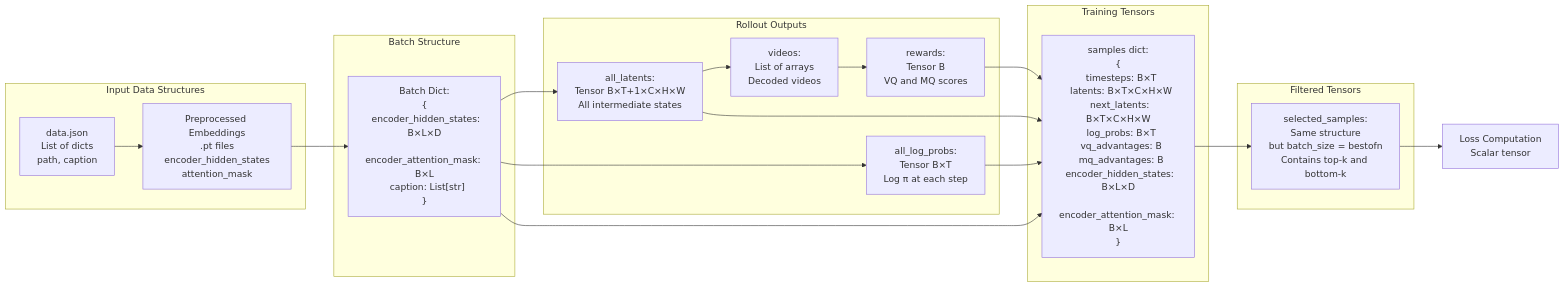
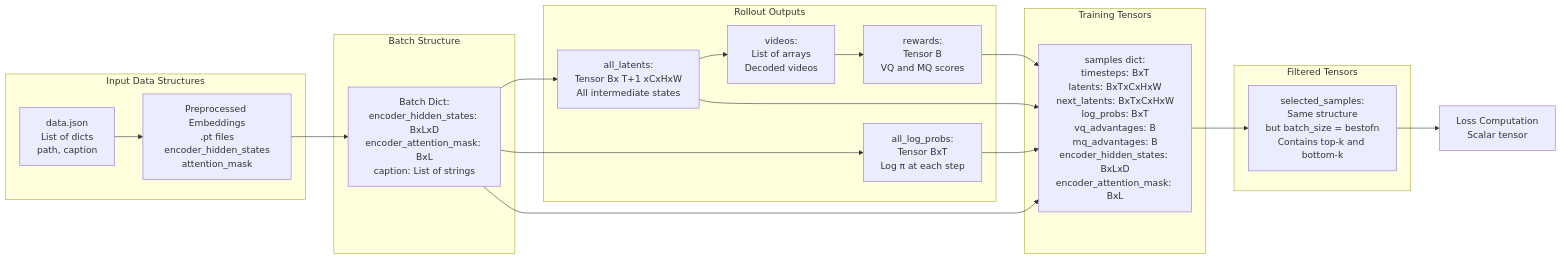
The third of 9 diagrams in grpo_software_architecture.md (hokindeng/DanceGRPO), drawn with Mermaid before and after one commit. The commit also changed other lines of this file, not shown here.

````diff
--- a/grpo_software_architecture.md
+++ b/grpo_software_architecture.md
@@ -175,41 +175,41 @@
 ```mermaid
 flowchart LR
     subgraph "Input Data Structures"
         JSON[data.json<br/>List of dicts<br/>path, caption]
         Embed[Preprocessed Embeddings<br/>.pt files<br/>encoder_hidden_states<br/>attention_mask]
     end
     
     subgraph "Batch Structure"
-        Batch["Batch Dict:<br/>{<br/>  encoder_hidden_states: B×L×D<br/>  encoder_attention_mask: B×L<br/>  caption: List[str]<br/>}"]
+        Batch[Batch Dict:<br/>encoder_hidden_states: BxLxD<br/>encoder_attention_mask: BxL<br/>caption: List of strings]
     end
     
     subgraph "Rollout Outputs"
-        Latents["all_latents:<br/>Tensor B×T+1×C×H×W<br/>All intermediate states"]
-        LogProbs["all_log_probs:<br/>Tensor B×T<br/>Log π at each step"]
-        Videos["videos:<br/>List of arrays<br/>Decoded videos"]
-        Rewards["rewards:<br/>Tensor B<br/>VQ and MQ scores"]
+        Latents[all_latents:<br/>Tensor Bx T+1 xCxHxW<br/>All intermediate states]
+        LogProbs[all_log_probs:<br/>Tensor BxT<br/>Log π at each step]
+        Videos[videos:<br/>List of arrays<br/>Decoded videos]
+        Rewards[rewards:<br/>Tensor B<br/>VQ and MQ scores]
     end
     
     subgraph "Training Tensors"
-        Samples["samples dict:<br/>{<br/>  timesteps: B×T<br/>  latents: B×T×C×H×W<br/>  next_latents: B×T×C×H×W<br/>  log_probs: B×T<br/>  vq_advantages: B<br/>  mq_advantages: B<br/>  encoder_hidden_states: B×L×D<br/>  encoder_attention_mask: B×L<br/>}"]
+        Samples[samples dict:<br/>timesteps: BxT<br/>latents: BxTxCxHxW<br/>next_latents: BxTxCxHxW<br/>log_probs: BxT<br/>vq_advantages: B<br/>mq_advantages: B<br/>encoder_hidden_states: BxLxD<br/>encoder_attention_mask: BxL]
     end
     
     subgraph "Filtered Tensors"
-        Selected["selected_samples:<br/>Same structure<br/>but batch_size = bestofn<br/>Contains top-k and bottom-k"]
+        Selected[selected_samples:<br/>Same structure<br/>but batch_size = bestofn<br/>Contains top-k and bottom-k]
     end
     
     JSON --> Embed
     Embed --> Batch
     Batch --> Latents
     Batch --> LogProbs
     Latents --> Videos
     Videos --> Rewards
     
     Latents --> Samples
     LogProbs --> Samples
     Rewards --> Samples
     Batch --> Samples
     
     Samples --> Selected
     Selected --> Loss[Loss Computation<br/>Scalar tensor]
 ```
````
